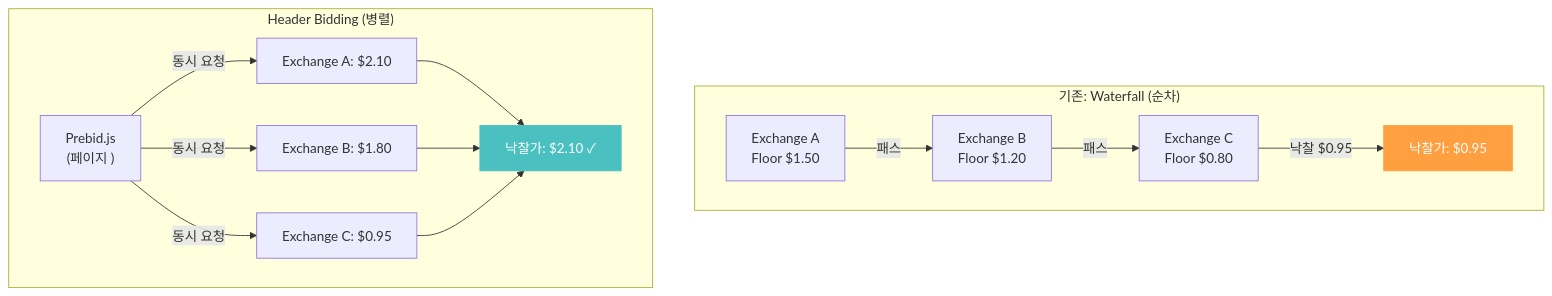
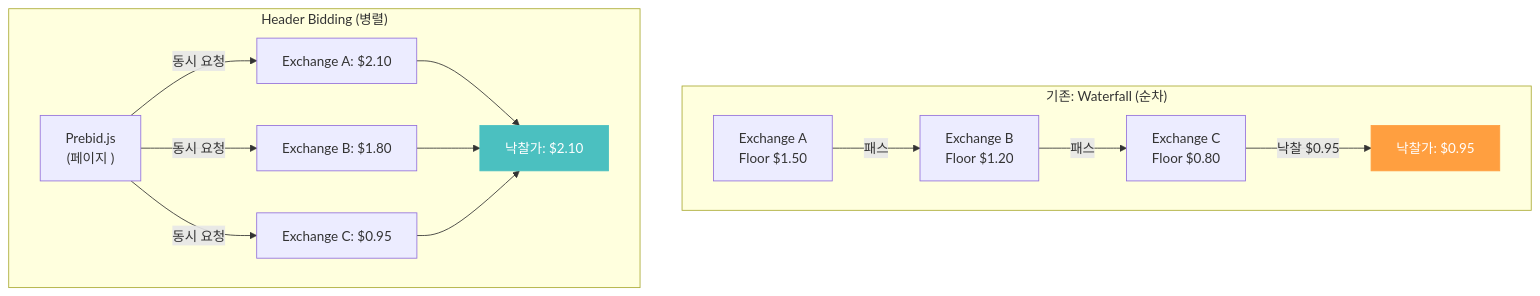
Before and after one commit to chkimsu/adtech-blog: the third of 5 diagrams in posts/ad-serving-flow.md, drawn with Mermaid. The commit also changed 19 other files, not shown here.

````diff
--- a/posts/ad-serving-flow.md
+++ b/posts/ad-serving-flow.md
@@ -121,21 +121,21 @@
 ```mermaid
 graph TD
     subgraph Waterfall["기존: Waterfall (순차)"]
         W1["Exchange A<br/>Floor $1.50"] -->|패스| W2["Exchange B<br/>Floor $1.20"]
         W2 -->|패스| W3["Exchange C<br/>Floor $0.80"]
         W3 -->|낙찰 $0.95| WRES["낙찰가: $0.95"]
     end
 
     subgraph Header["Header Bidding (병렬)"]
         HB["Prebid.js<br/>(페이지 <head>)"]
         HB -->|동시 요청| HA["Exchange A: $2.10"]
         HB -->|동시 요청| HBX["Exchange B: $1.80"]
         HB -->|동시 요청| HC["Exchange C: $0.95"]
-        HA --> HRES["낙찰가: $2.10 ✓"]
+        HA --> HRES["낙찰가: $2.10 "]
         HBX --> HRES
         HC --> HRES
     end
 
     style WRES fill:#ff9f40,stroke:#ff9f40,color:#fff
     style HRES fill:#4bc0c0,stroke:#4bc0c0,color:#fff
 ```
````
